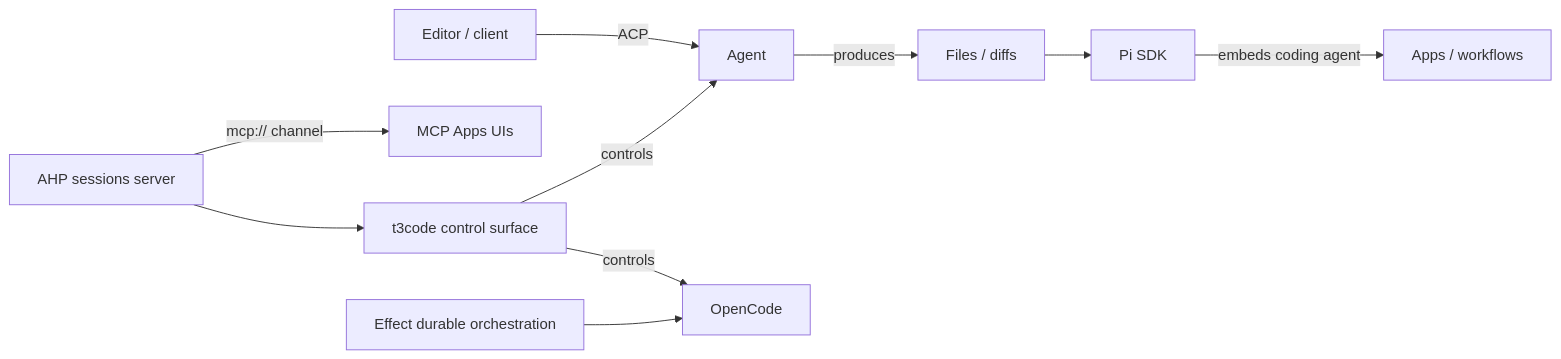
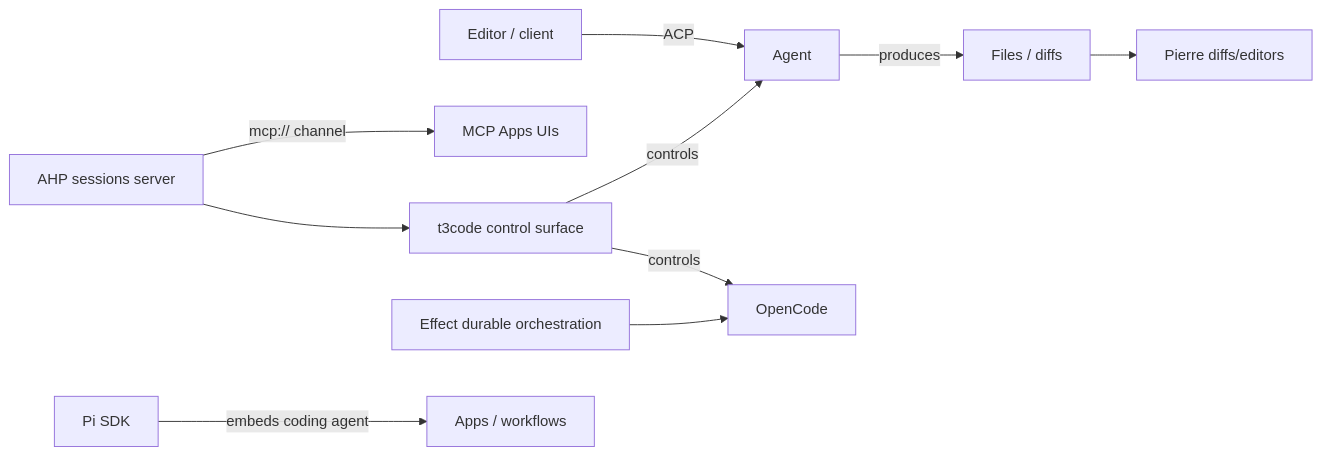
One commit to seraph1nia/open-ai-wiki changed the diagram in openwiki/concepts/factory-toolchain.md. Above: the diagram before and after it, drawn with Mermaid. The commit also changed other lines of this file and 24 other files, not shown here.

````diff
--- a/openwiki/concepts/factory-toolchain.md
+++ b/openwiki/concepts/factory-toolchain.md
@@ -30,12 +30,12 @@
 ```mermaid
 flowchart LR
     E[Editor / client] -->|ACP| AG[Agent]
     H[AHP sessions server] -->|mcp:// channel| MA[MCP Apps UIs]
     AG -->|produces| DIFF[Files / diffs]
     DIFF --> PI[Pierre diffs/editors]
     H --> T[t3code control surface]
     T -->|controls| OPC[OpenCode]
     T -->|controls| AG
     EFF[Effect durable orchestration] --> OPC
-    PI[Pi SDK] -->|embeds coding agent| APP[Apps / workflows]
+    PS[Pi SDK] -->|embeds coding agent| APP[Apps / workflows]
 ```
````
